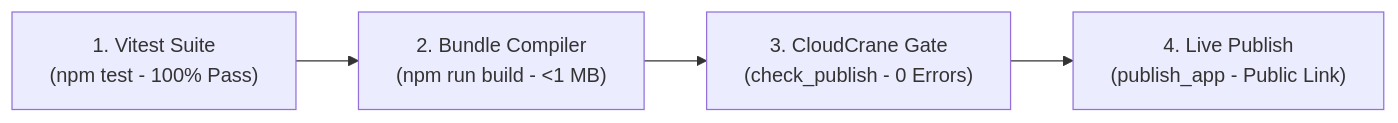
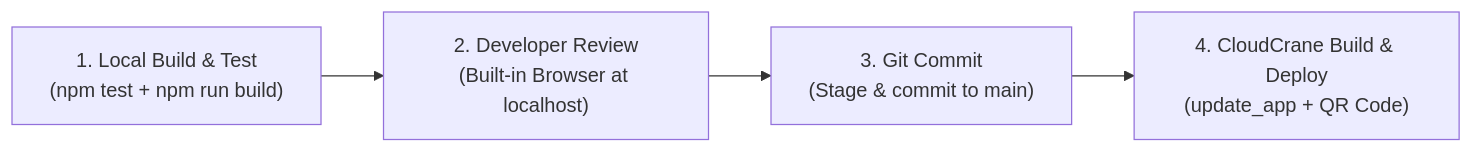
One commit to NatsuDrag9/request-flow changed the diagram in plan.md. Above: the diagram before and after it, drawn with Mermaid. The commit also changed other lines of this file and 12 other files, not shown here.

````diff
--- a/plan.md
+++ b/plan.md
@@ -51,7 +51,7 @@
 ```mermaid
 flowchart LR
-    Tests["1. Vitest Suite<br/>(npm test - 100% Pass)"] -->
-    Bundle["2. Bundle Compiler<br/>(npm run build - <1 MB)"] -->
-    Preflight["3. CloudCrane Gate<br/>(check_publish - 0 Errors)"] -->
-    Deploy["4. Live Publish<br/>(publish_app - Public Link)"]
+    Step1["1. Local Build & Test<br/>(npm test + npm run build)"] -->
+    Step2["2. Developer Review<br/>(Built-in Browser at localhost)"] -->
+    Step3["3. Git Commit<br/>(Stage & commit to main)"] -->
+    Step4["4. CloudCrane Build & Deploy<br/>(update_app + QR Code)"]
 ```
````
